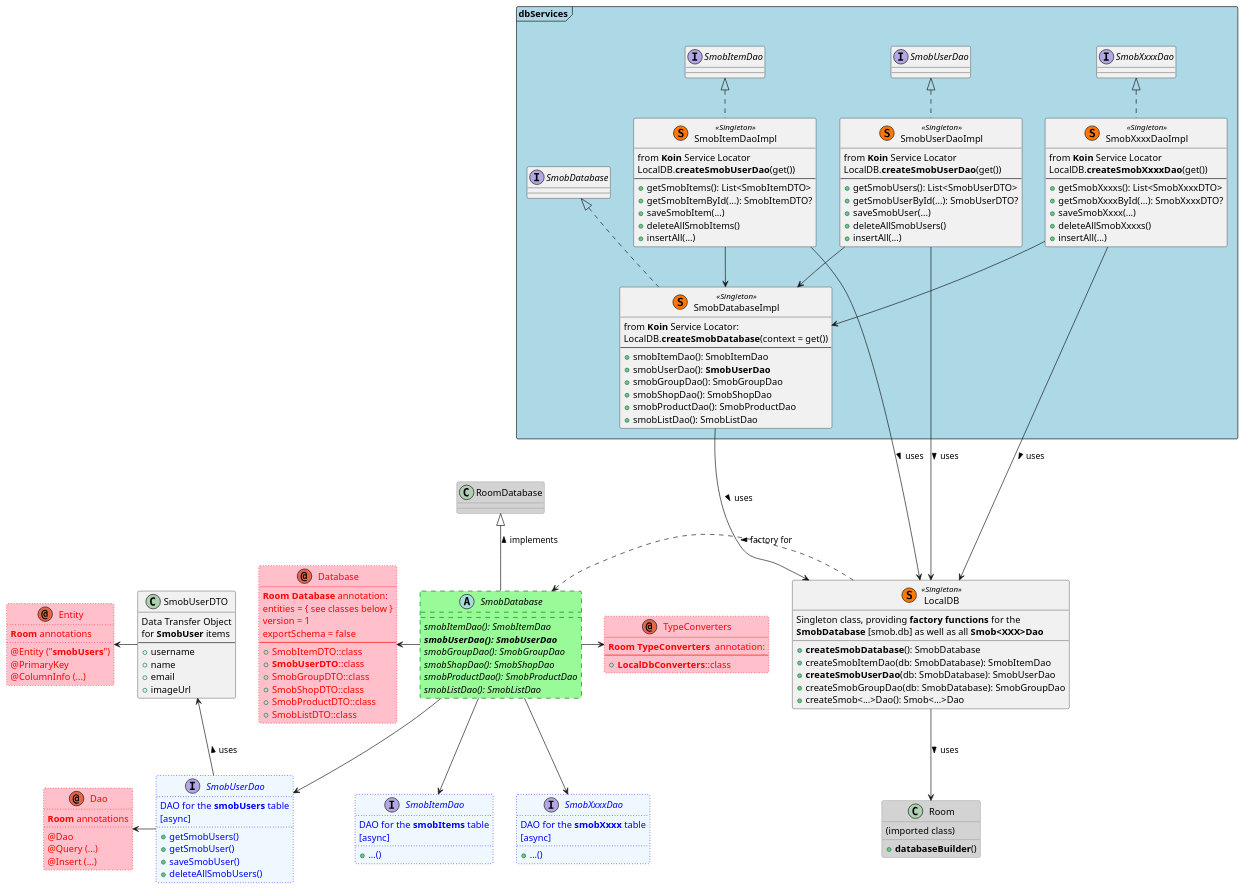
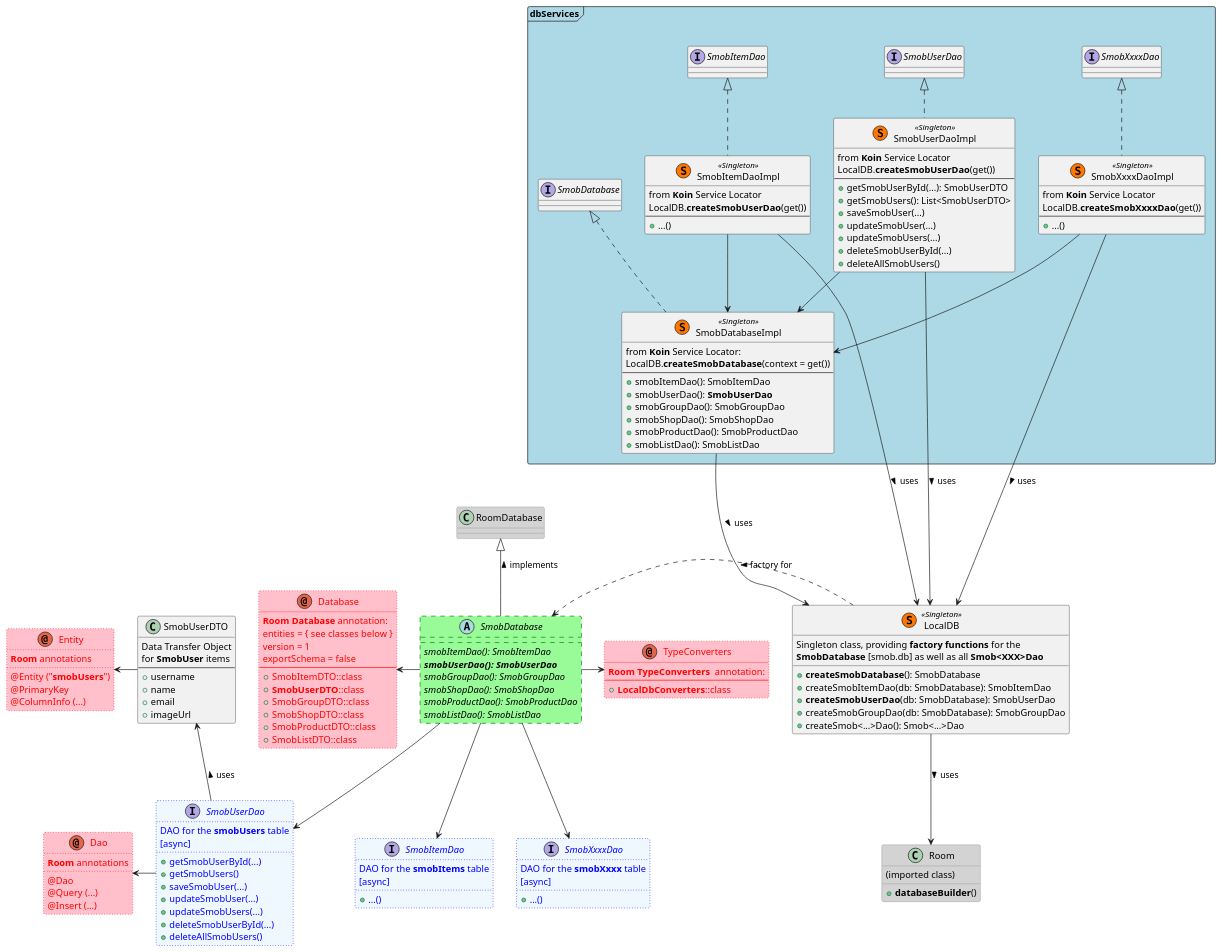
Before and after one commit to fwornle/ShopMob: the diagram in doc/puml/localDB.md, drawn with PlantUML. The commit also changed 7 other files, not shown here.

Commit message:
Completed DAO/API/Domain i/f-s // adjusted UML diagram accordingly

```diff
--- a/doc/puml/localDB.md
+++ b/doc/puml/localDB.md
@@ -46,12 +46,15 @@
 }
 
 interface SmobUserDao #aliceblue;line:blue;line.dotted;text:blue {
-  DAO for the **smobUsers** table
-  [async]
-  +getSmobUsers()
-  +getSmobUser()
-  +saveSmobUser()
-  +deleteAllSmobUsers()
+    DAO for the **smobUsers** table
+    [async]
+    +getSmobUserById(...)
+    +getSmobUsers()
+    +saveSmobUser(...)
+    +updateSmobUser(...)
+    +updateSmobUsers(...)
+    +deleteSmobUserById(...)
+    +deleteAllSmobUsers()
 }
 
 interface SmobXxxxDao #aliceblue;line:blue;line.dotted;text:blue {
@@ -135,33 +138,27 @@
         from **Koin** Service Locator
         LocalDB.**createSmobUserDao**(get())
         ---
+        +getSmobUserById(...): SmobUserDTO
         +getSmobUsers(): List<SmobUserDTO>
-        +getSmobUserById(...): SmobUserDTO?
         +saveSmobUser(...)
+        +updateSmobUser(...)
+        +updateSmobUsers(...)
+        +deleteSmobUserById(...)
         +deleteAllSmobUsers()
-        +insertAll(...)
     }
     
     class SmobItemDaoImpl << (S,#FF7700) Singleton >> implements SmobItemDao {
         from **Koin** Service Locator
         LocalDB.**createSmobUserDao**(get())
         ---
-        +getSmobItems(): List<SmobItemDTO>
-        +getSmobItemById(...): SmobItemDTO?
-        +saveSmobItem(...)
-        +deleteAllSmobItems()
-        +insertAll(...)    
+        +...() 
     }
     
     class SmobXxxxDaoImpl << (S,#FF7700) Singleton >> implements SmobXxxxDao {
         from **Koin** Service Locator
         LocalDB.**createSmobXxxxDao**(get())
         ---
-        +getSmobXxxxs(): List<SmobXxxxDTO>
-        +getSmobXxxxById(...): SmobXxxxDTO?
-        +saveSmobXxxx(...)
-        +deleteAllSmobXxxxs()
-        +insertAll(...)  
+        +...() 
     }
     
     SmobDatabaseImpl <-up- SmobUserDaoImpl 
```
